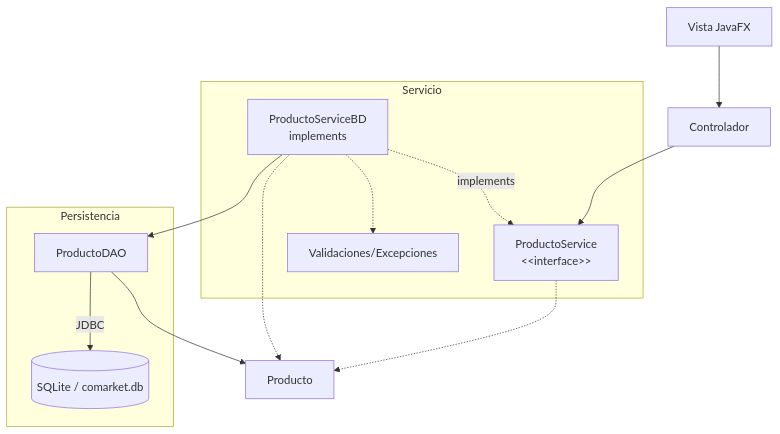
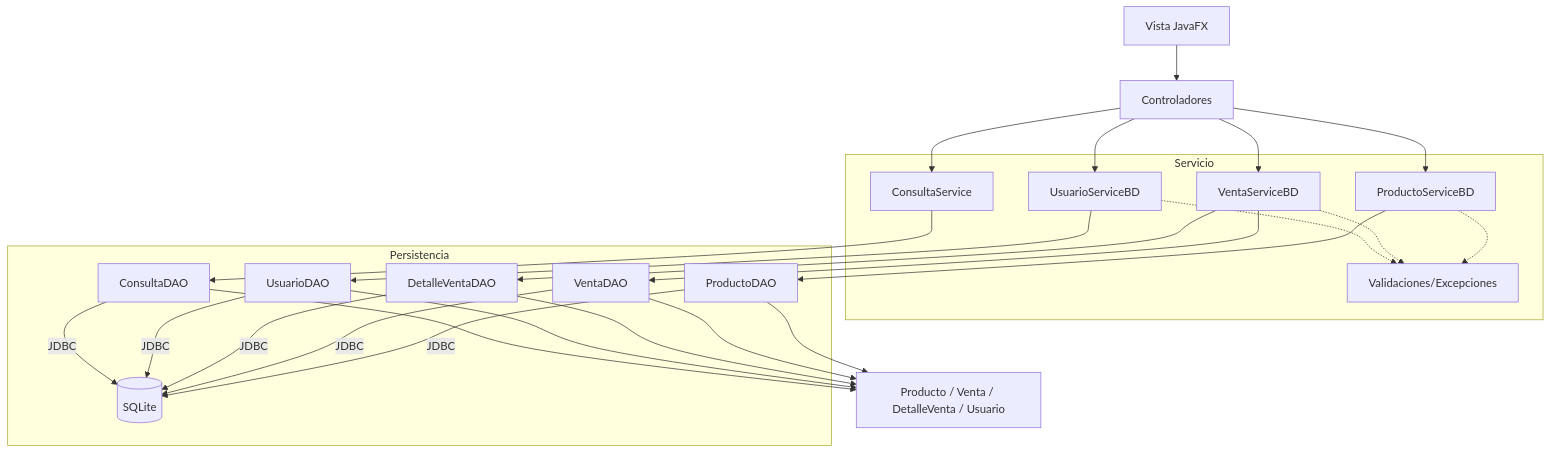
One commit to 262poo/comarket changed the diagram in docs/S12_Evaluacion_Unidad_2.md. Above: the diagram before and after it, drawn with Mermaid. The commit also changed other lines of this file and 5 other files, not shown here.

````diff
--- a/docs/S12_Evaluacion_Unidad_2.md
+++ b/docs/S12_Evaluacion_Unidad_2.md
@@ -49,28 +52,48 @@
 ```mermaid
 flowchart TB
     Vista["Vista JavaFX"]
-    Controlador["Controlador"]
+    Controlador["Controladores"]
 
     subgraph Servicio["Servicio"]
-        Contrato["ProductoService<br/>&lt;&lt;interface&gt;&gt;"]
-        ServicioBD["ProductoServiceBD<br/>implements"]
+        ProductoService["ProductoServiceBD"]
+        VentaService["VentaServiceBD"]
+        UsuarioService["UsuarioServiceBD"]
+        ConsultaService["ConsultaService"]
         Validaciones["Validaciones/Excepciones"]
     end
 
-    Entidades["Producto"]
+    Entidades["Producto / Venta / DetalleVenta / Usuario"]
 
     subgraph Persistencia["Persistencia"]
-        DAO["ProductoDAO"]
-        SQLite[("SQLite / comarket.db")]
+        ProductoDAO["ProductoDAO"]
+        VentaDAO["VentaDAO"]
+        DetalleDAO["DetalleVentaDAO"]
+        UsuarioDAO["UsuarioDAO"]
+        ConsultaDAO["ConsultaDAO"]
+        SQLite[("SQLite")]
     end
 
     Vista --> Controlador
-    Controlador --> Contrato
-    ServicioBD -. implements .-> Contrato
-    Contrato -.-> Entidades
-    ServicioBD -.-> Entidades
-    ServicioBD -.-> Validaciones
-    ServicioBD --> DAO
-    DAO --> Entidades
-    DAO -->|"JDBC"| SQLite
+    Controlador --> ProductoService
+    Controlador --> VentaService
+    Controlador --> UsuarioService
+    Controlador --> ConsultaService
+    ProductoService -.-> Validaciones
+    VentaService -.-> Validaciones
+    UsuarioService -.-> Validaciones
+    ProductoService --> ProductoDAO
+    VentaService --> VentaDAO
+    VentaService --> DetalleDAO
+    UsuarioService --> UsuarioDAO
+    ConsultaService --> ConsultaDAO
+    ProductoDAO --> Entidades
+    VentaDAO --> Entidades
+    DetalleDAO --> Entidades
+    UsuarioDAO --> Entidades
+    ConsultaDAO --> Entidades
+    ProductoDAO -->|"JDBC"| SQLite
+    VentaDAO -->|"JDBC"| SQLite
+    DetalleDAO -->|"JDBC"| SQLite
+    UsuarioDAO -->|"JDBC"| SQLite
+    ConsultaDAO -->|"JDBC"| SQLite
 ```
````
